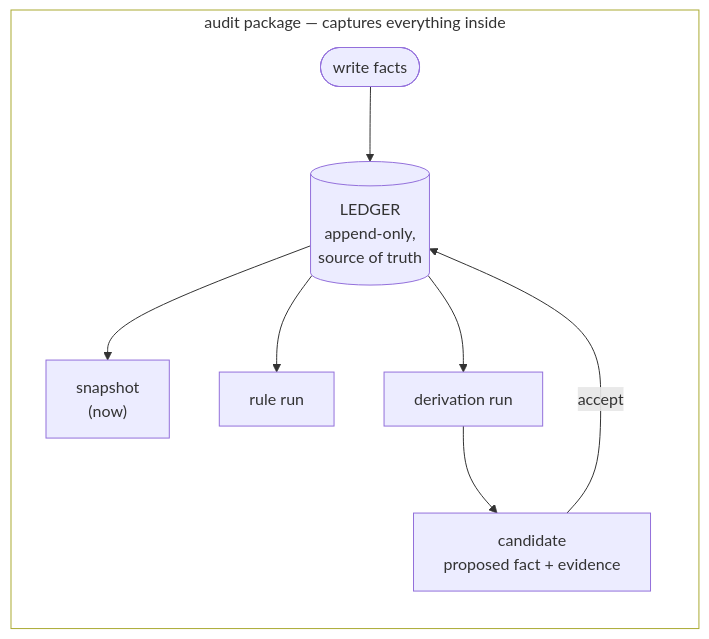
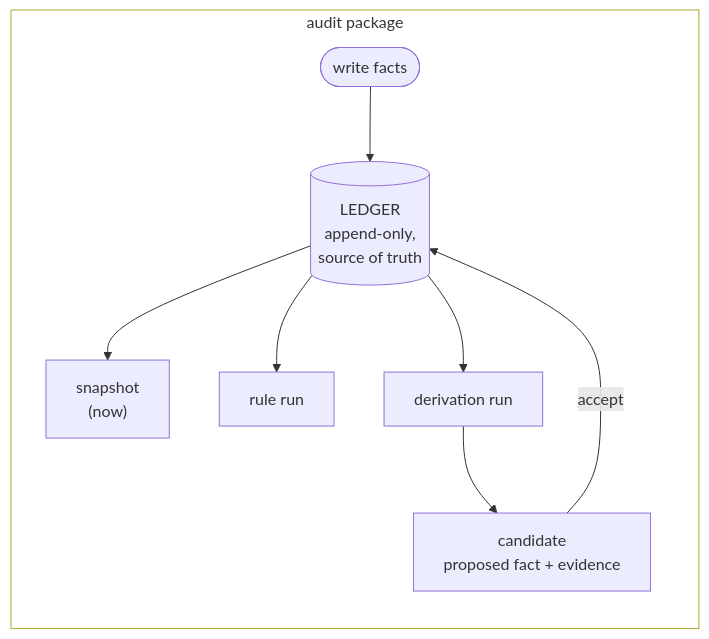
The diagram in content.en/docs/concepts/overview.md (Symbolic-Intelligence-Org/factpy-docs), drawn with Mermaid before and after one commit. The commit also changed other lines of this file and 33 other files, not shown here.

````diff
--- a/content.en/docs/concepts/overview.md
+++ b/content.en/docs/concepts/overview.md
@@ -54,14 +54,14 @@
 ```mermaid
 flowchart TD
-    subgraph Audit ["audit package — captures everything inside"]
+    subgraph Audit ["audit package"]
         direction TB
         Write([write facts]) --> Ledger[("LEDGER<br/>append-only,<br/>source of truth")]
         Ledger --> Snapshot["snapshot<br/>(now)"]
         Ledger --> RuleRun["rule run"]
         Ledger --> DerivRun["derivation run"]
         DerivRun --> Candidate["candidate<br/>proposed fact + evidence"]
         Candidate -->|accept| Ledger
     end
 
     style Audit fill:none
 ```
````
